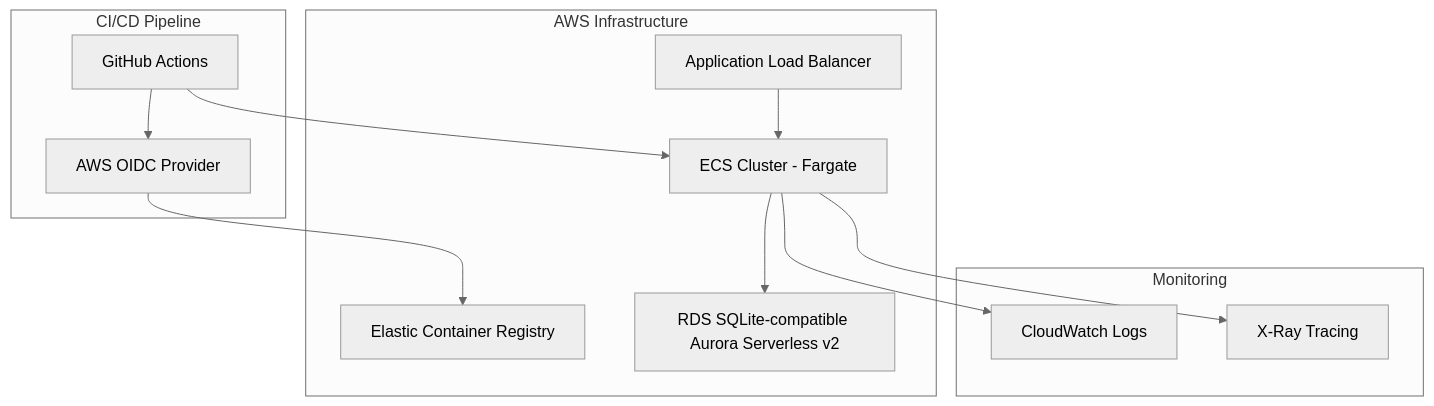
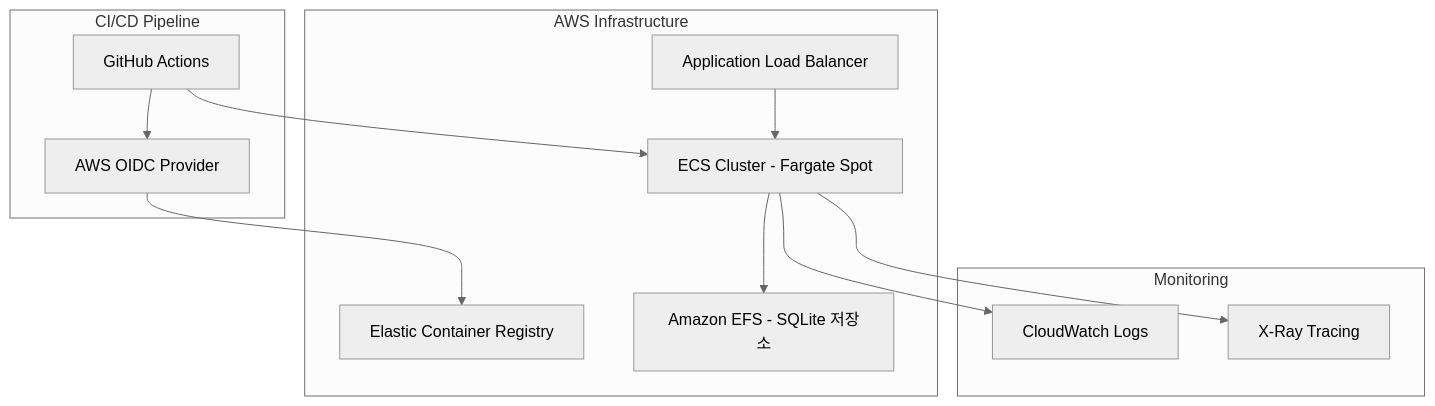
One commit to vibe-coding-paradigm/Realworld-serverless-microservice changed the first of 3 diagrams in docs/migration/PRD.md. Above: the diagram before and after it, drawn with Mermaid (neutral theme). The commit also changed other lines of this file, not shown here.

First line of the commit message:
docs: EFS + SQLite 데이터베이스 아키텍처로 결정 반영

````diff
--- a/docs/migration/PRD.md
+++ b/docs/migration/PRD.md
@@ -28,27 +28,27 @@
 ```mermaid
 graph TB
     subgraph "AWS Infrastructure"
         ALB[Application Load Balancer]
-        ECS[ECS Cluster - Fargate]
+        ECS[ECS Cluster - Fargate Spot]
         ECR[Elastic Container Registry]
-        RDS[RDS SQLite-compatible Aurora Serverless v2]
+        EFS[Amazon EFS - SQLite 저장소]
     end
     
     subgraph "CI/CD Pipeline"
         GHA[GitHub Actions]
         OIDC[AWS OIDC Provider]
     end
     
     subgraph "Monitoring"
         CW[CloudWatch Logs]
         XR[X-Ray Tracing]
     end
     
     GHA --> OIDC
     OIDC --> ECR
     GHA --> ECS
     ALB --> ECS
-    ECS --> RDS
+    ECS --> EFS
     ECS --> CW
     ECS --> XR
 ```
````
